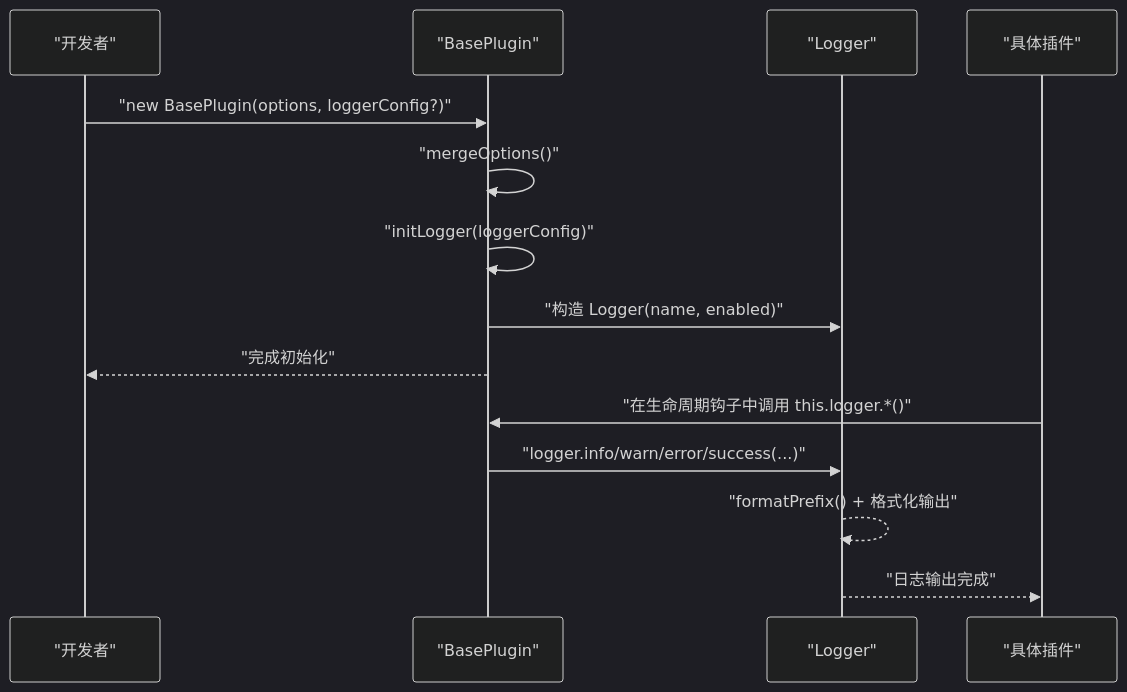
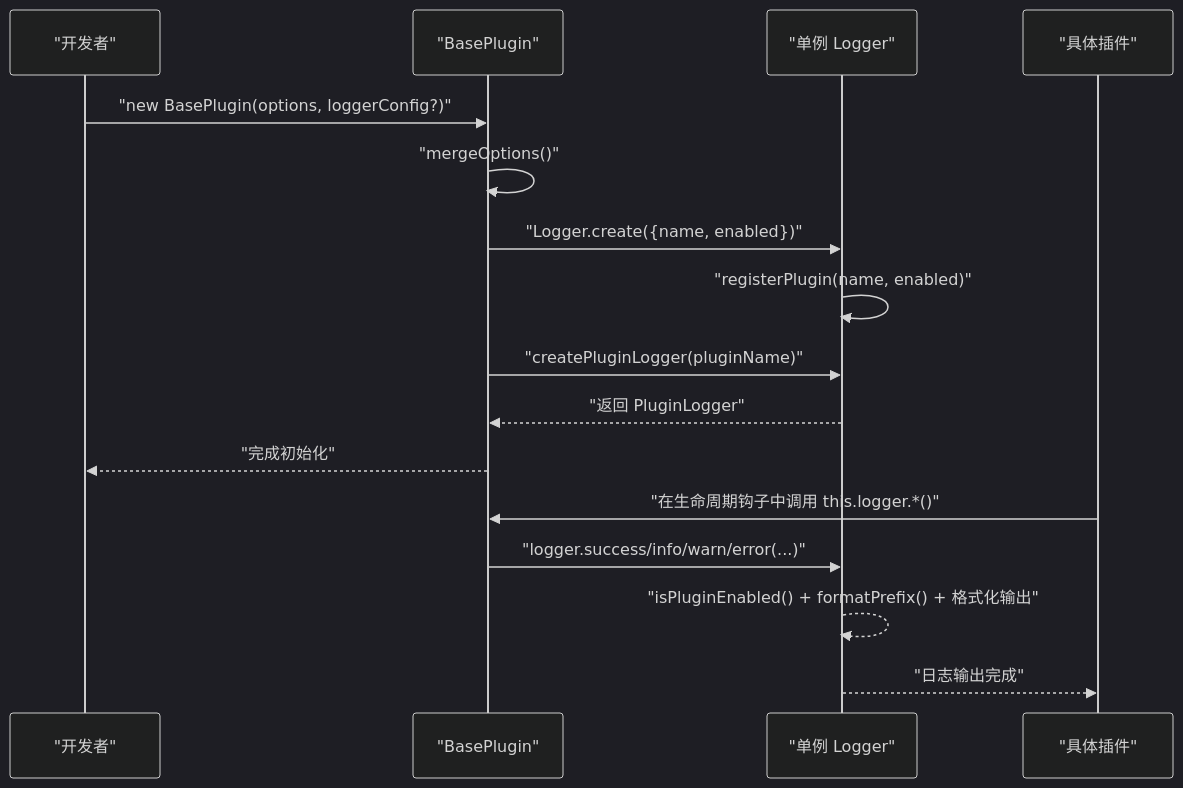
Before and after one commit to MengXi-Studio/vite-plugin: the second of 5 diagrams in .qoder/repowiki/zh/content/工具模块/日志系统.md, drawn with Mermaid (dark theme). The commit also changed other lines of this file and 5 other files, not shown here.

````diff
--- a/.qoder/repowiki/zh/content/工具模块/日志系统.md
+++ b/.qoder/repowiki/zh/content/工具模块/日志系统.md
@@ -94,16 +103,18 @@
 ```mermaid
 sequenceDiagram
 participant Dev as "开发者"
 participant BP as "BasePlugin"
-participant LG as "Logger"
+participant LG as "单例 Logger"
 participant PL as "具体插件"
 Dev->>BP : "new BasePlugin(options, loggerConfig?)"
 BP->>BP : "mergeOptions()"
-BP->>BP : "initLogger(loggerConfig)"
-BP->>LG : "构造 Logger(name, enabled)"
+BP->>LG : "Logger.create({name, enabled})"
+LG->>LG : "registerPlugin(name, enabled)"
+BP->>LG : "createPluginLogger(pluginName)"
+LG-->>BP : "返回 PluginLogger"
 BP-->>Dev : "完成初始化"
 PL->>BP : "在生命周期钩子中调用 this.logger.*()"
-BP->>LG : "logger.info/warn/error/success(...)"
-LG-->>LG : "formatPrefix() + 格式化输出"
+BP->>LG : "logger.success/info/warn/error(...)"
+LG-->>LG : "isPluginEnabled() + formatPrefix() + 格式化输出"
 LG-->>PL : "日志输出完成"
 ```
````
